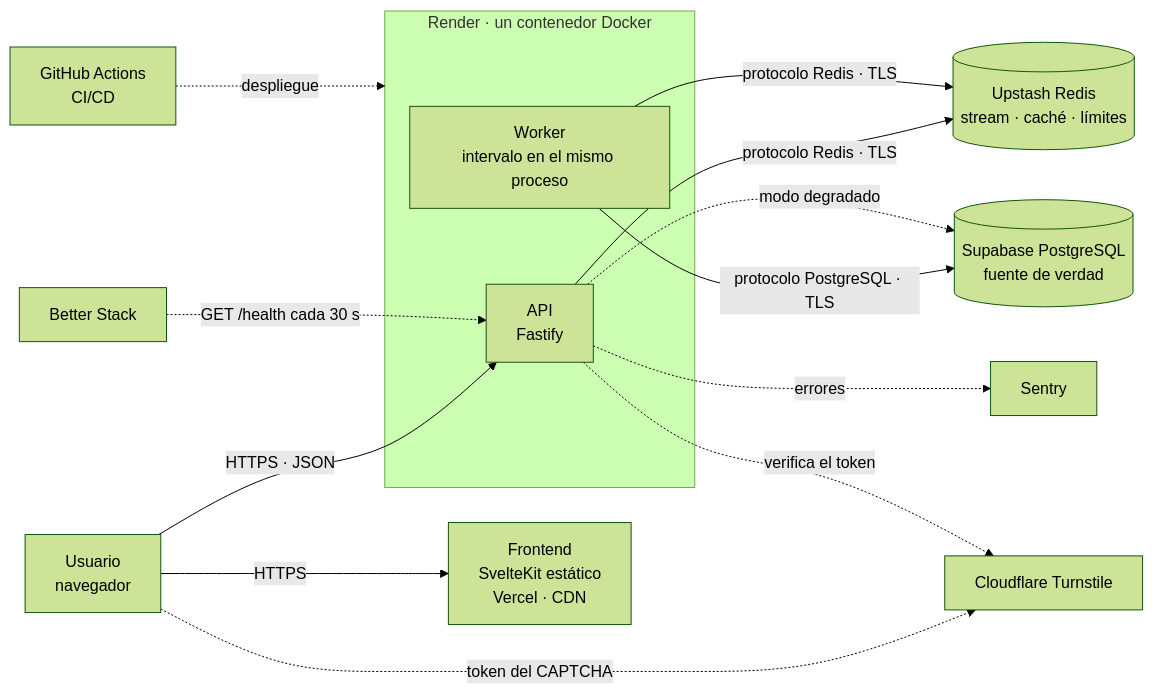
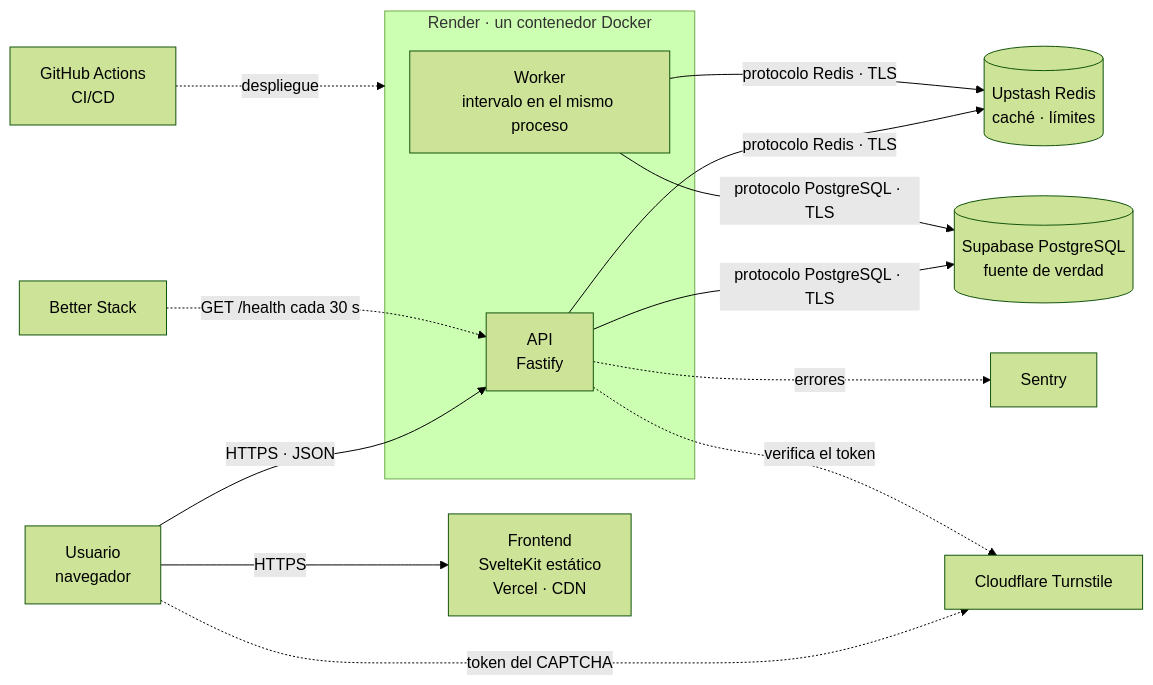
One commit to odjaramillo/monitor-caidas-bancarias changed the diagram in docs/arquitectura.md. Above: the diagram before and after it, drawn with Mermaid (forest theme). The commit also changed other lines of this file and 5 other files, not shown here.

First line of the commit message:
docs: drop the Redis stream from the MVP (D21)

````diff
--- a/docs/arquitectura.md
+++ b/docs/arquitectura.md
@@ -10,18 +11,18 @@
 ```mermaid
 flowchart LR
   subgraph R1[Render · un contenedor Docker]
     A[API<br/>Fastify]
     W[Worker<br/>intervalo en el mismo proceso]
   end
   U[Usuario<br/>navegador] -->|HTTPS| F[Frontend<br/>SvelteKit estático<br/>Vercel · CDN]
   U -->|HTTPS · JSON| A
   U -.->|token del CAPTCHA| T[Cloudflare Turnstile]
-  A -->|protocolo Redis · TLS| R[(Upstash Redis<br/>stream · caché · límites)]
+  A -->|protocolo Redis · TLS| R[(Upstash Redis<br/>caché · límites)]
+  A -->|protocolo PostgreSQL · TLS| P[(Supabase PostgreSQL<br/>fuente de verdad)]
   W -->|protocolo Redis · TLS| R
-  W -->|protocolo PostgreSQL · TLS| P[(Supabase PostgreSQL<br/>fuente de verdad)]
-  A -.->|modo degradado| P
+  W -->|protocolo PostgreSQL · TLS| P
   A -.->|verifica el token| T
   A -.->|errores| S[Sentry]
   B[Better Stack] -.->|GET /health cada 30 s| A
   G[GitHub Actions<br/>CI/CD] -.->|despliegue| R1
 ```
````
